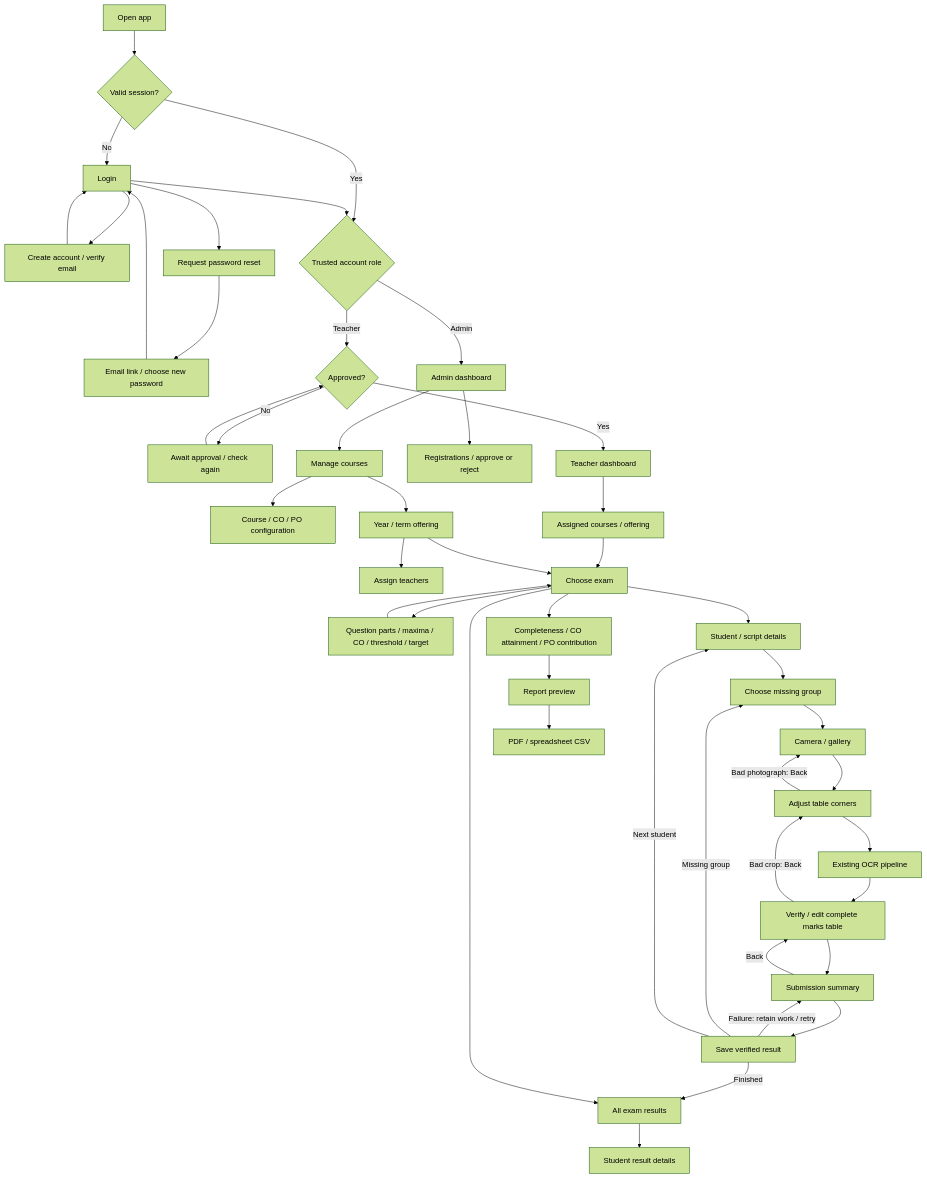
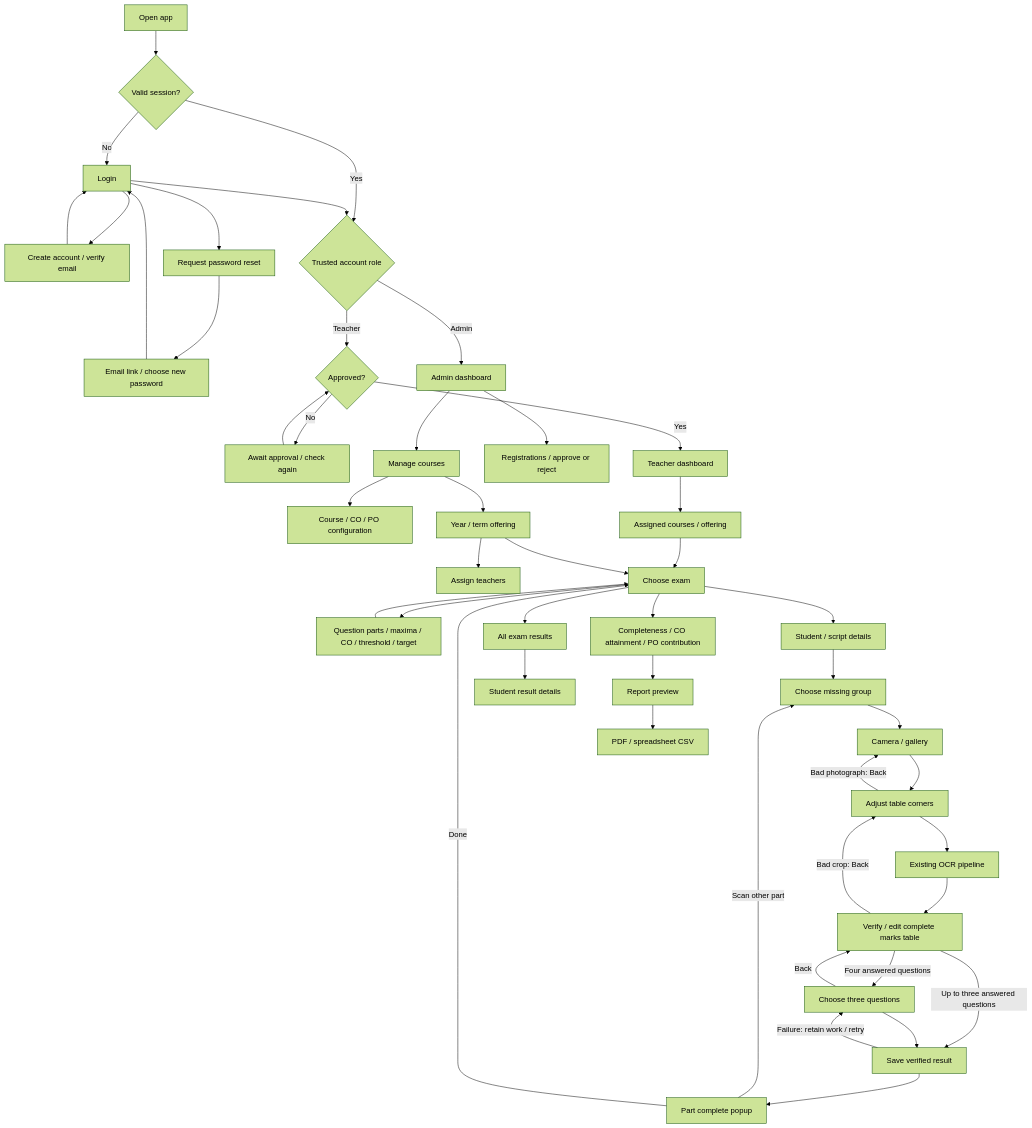
One commit to ullas-6575/OBE-Lens-X changed the diagram in docs/WORKFLOW.md. Above: the diagram before and after it, drawn with Mermaid (forest theme). The commit also changed other lines of this file and 35 other files, not shown here.

Commit message:
fix : obelens digit OCR and simplify student scan

````diff
--- a/docs/WORKFLOW.md
+++ b/docs/WORKFLOW.md
@@ -57,47 +57,48 @@
 ```mermaid
 flowchart TD
     Entry[Open app] --> Session{Valid session?}
     Session -->|No| Login
     Login --> Signup[Create account / verify email]
     Signup --> Login
     Login --> Reset[Request password reset]
     Reset --> Recovery[Email link / choose new password]
     Recovery --> Login
     Session -->|Yes| Role{Trusted account role}
     Login --> Role
     Role -->|Admin| Admin[Admin dashboard]
     Role -->|Teacher| Approval{Approved?}
     Approval -->|No| Pending[Await approval / check again]
     Pending --> Approval
     Approval -->|Yes| Teacher[Teacher dashboard]
     Admin --> Registrations[Registrations / approve or reject]
     Admin --> Courses[Manage courses]
     Courses --> Config[Course / CO / PO configuration]
     Courses --> Offering[Year / term offering]
     Offering --> Assign[Assign teachers]
     Teacher --> Assigned[Assigned courses / offering]
     Assigned --> Exam[Choose exam]
     Offering --> Exam
     Exam --> Mapping[Question parts / maxima / CO / threshold / target]
     Mapping --> Exam
     Exam --> Student[Student / script details]
     Student --> Group[Choose missing group]
     Group --> Photo[Camera / gallery]
     Photo --> Crop[Adjust table corners]
     Crop --> Process[Existing OCR pipeline]
     Process --> Verify[Verify / edit complete marks table]
     Verify -->|Bad crop: Back| Crop
     Crop -->|Bad photograph: Back| Photo
-    Verify --> Summary[Submission summary]
+    Verify -->|Four answered questions| Summary[Choose three questions]
+    Verify -->|Up to three answered questions| Save[Save verified result]
     Summary -->|Back| Verify
-    Summary --> Save[Save verified result]
+    Summary --> Save
     Save -->|Failure: retain work / retry| Summary
-    Save -->|Missing group| Group
-    Save -->|Next student| Student
-    Save -->|Finished| Results[All exam results]
-    Exam --> Results
+    Save --> Complete[Part complete popup]
+    Complete -->|Scan other part| Group
+    Complete -->|Done| Exam
+    Exam --> Results[All exam results]
     Results --> Detail[Student result details]
     Exam --> Report[Completeness / CO attainment / PO contribution]
     Report --> Preview[Report preview]
     Preview --> Export[PDF / spreadsheet CSV]
 ```
````
